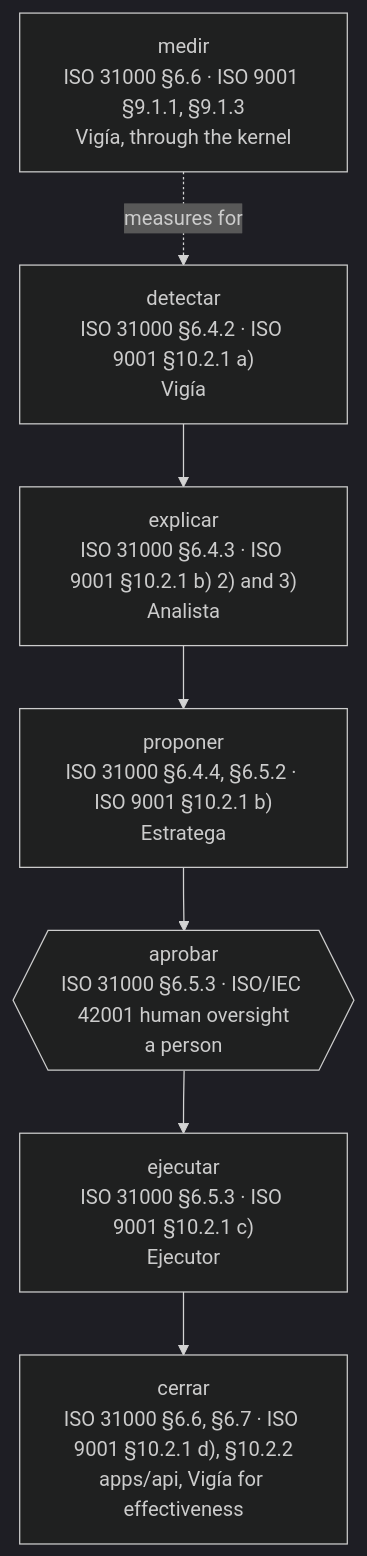
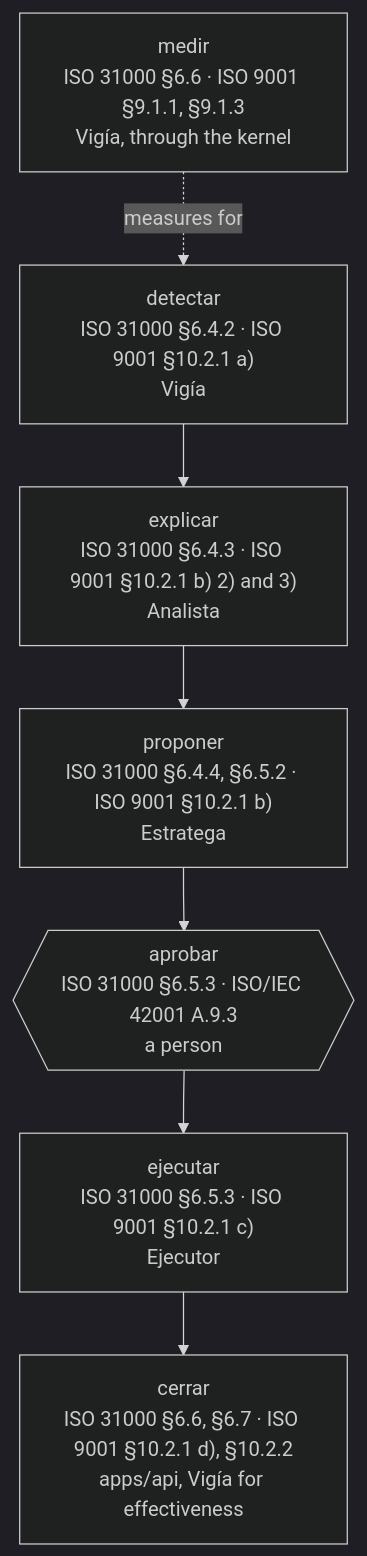
One commit to alejandroserranodev-ant/Centinela changed the first of 3 diagrams in docs/guide/chapters/decision-tree.md. Above: the diagram before and after it, drawn with Mermaid (dark theme). The commit also changed other lines of this file and 4 other files, not shown here.

````diff
--- a/docs/guide/chapters/decision-tree.md
+++ b/docs/guide/chapters/decision-tree.md
@@ -34,12 +33,12 @@
 ```mermaid
 flowchart TB
   detectar["detectar<br/>ISO 31000 §6.4.2 · ISO 9001 §10.2.1 a)<br/>Vigía"]
   explicar["explicar<br/>ISO 31000 §6.4.3 · ISO 9001 §10.2.1 b) 2) and 3)<br/>Analista"]
   proponer["proponer<br/>ISO 31000 §6.4.4, §6.5.2 · ISO 9001 §10.2.1 b)<br/>Estratega"]
-  aprobar{{"aprobar<br/>ISO 31000 §6.5.3 · ISO/IEC 42001 human oversight<br/>a person"}}
+  aprobar{{"aprobar<br/>ISO 31000 §6.5.3 · ISO/IEC 42001 A.9.3<br/>a person"}}
   ejecutar["ejecutar<br/>ISO 31000 §6.5.3 · ISO 9001 §10.2.1 c)<br/>Ejecutor"]
   cerrar["cerrar<br/>ISO 31000 §6.6, §6.7 · ISO 9001 §10.2.1 d), §10.2.2<br/>apps/api, Vigía for effectiveness"]
   medir["medir<br/>ISO 31000 §6.6 · ISO 9001 §9.1.1, §9.1.3<br/>Vigía, through the kernel"]
   detectar --> explicar --> proponer --> aprobar --> ejecutar --> cerrar
   medir -. measures for .-> detectar
 ```
````
